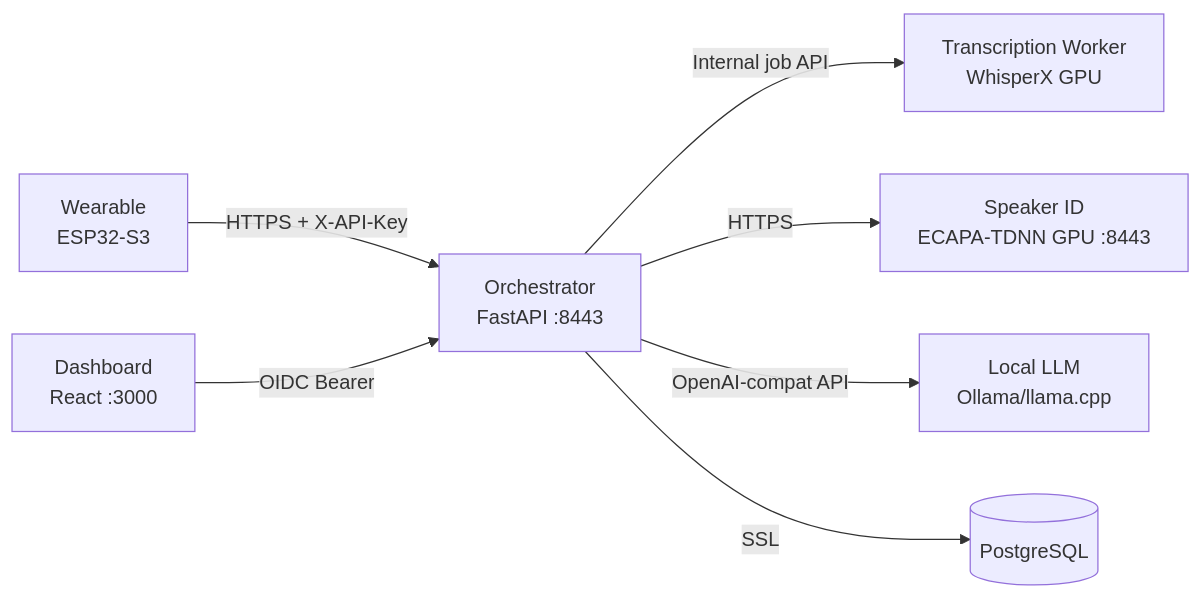
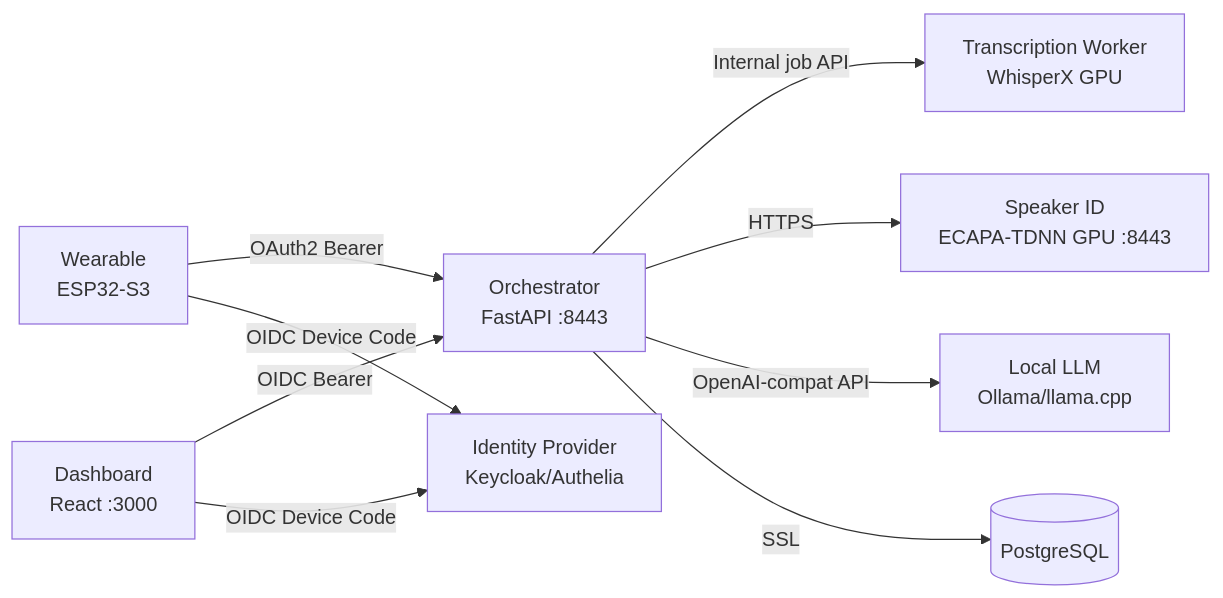
Before and after one commit to dlgreenwald/lifelog: the diagram in README.md, drawn with Mermaid. The commit also changed other lines of this file and 1 other file, not shown here.

First line of the commit message:
README and ARCHITECTURE: accuracy pass after refactoring

````diff
--- a/README.md
+++ b/README.md
@@ -60,9 +59,11 @@
 ```mermaid
 graph LR
-    ESP32[Wearable<br/>ESP32-S3] -->|HTTPS + X-API-Key| ORCH[Orchestrator<br/>FastAPI :8443]
+    ESP32[Wearable<br/>ESP32-S3] -->|OAuth2 Bearer| ORCH[Orchestrator<br/>FastAPI :8443]
     ORCH -->|Internal job API| TRANS[Transcription Worker<br/>WhisperX GPU]
     ORCH -->|HTTPS| SPK[Speaker ID<br/>ECAPA-TDNN GPU :8443]
     ORCH -->|OpenAI-compat API| LLM[Local LLM<br/>Ollama/llama.cpp]
     ORCH -->|SSL| PG[(PostgreSQL)]
     DASH[Dashboard<br/>React :3000] -->|OIDC Bearer| ORCH
+    DASH -->|OIDC Device Code| IDP[Identity Provider<br/>Keycloak/Authelia]
+    ESP32 -->|OIDC Device Code| IDP
 ```
````
